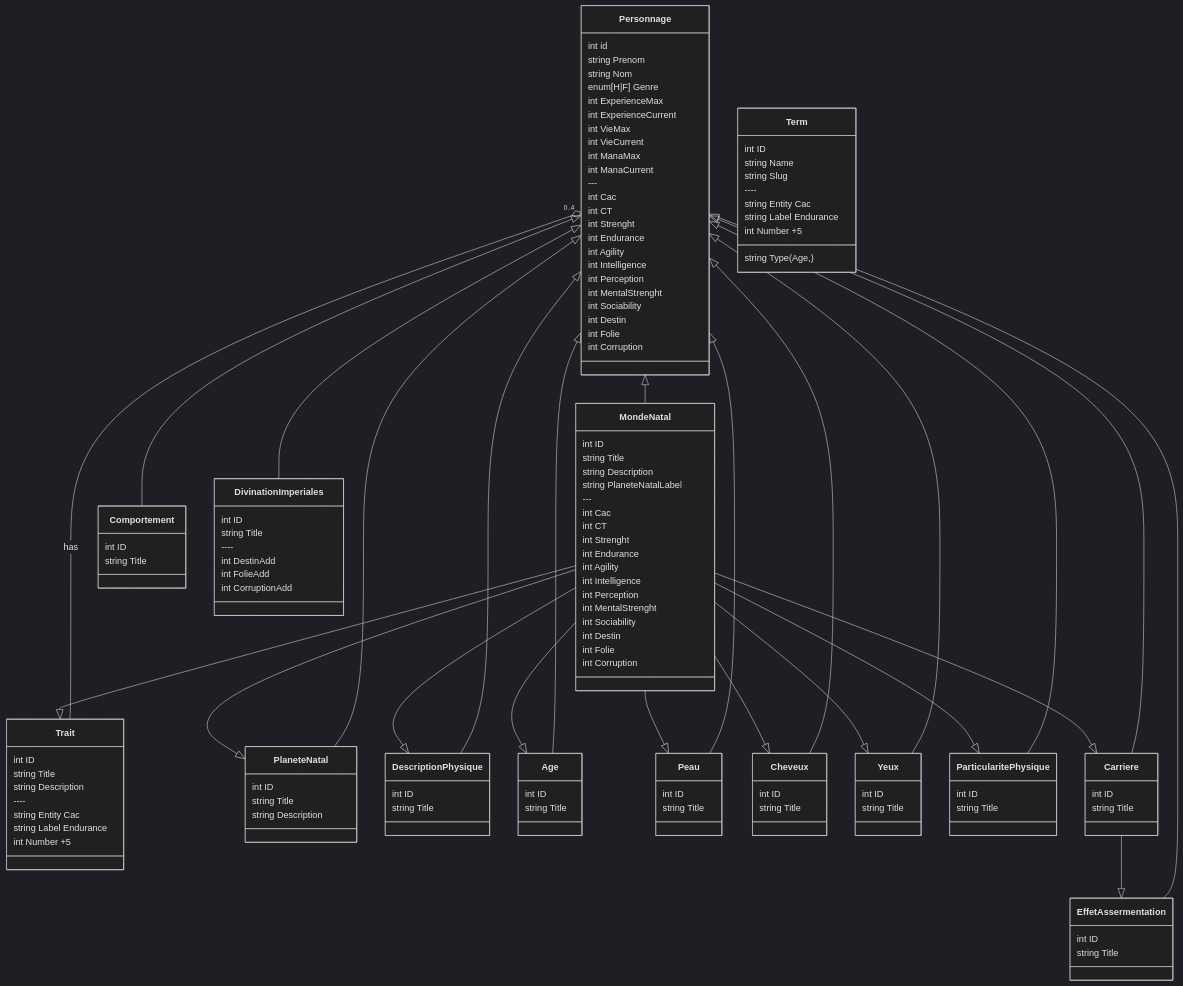
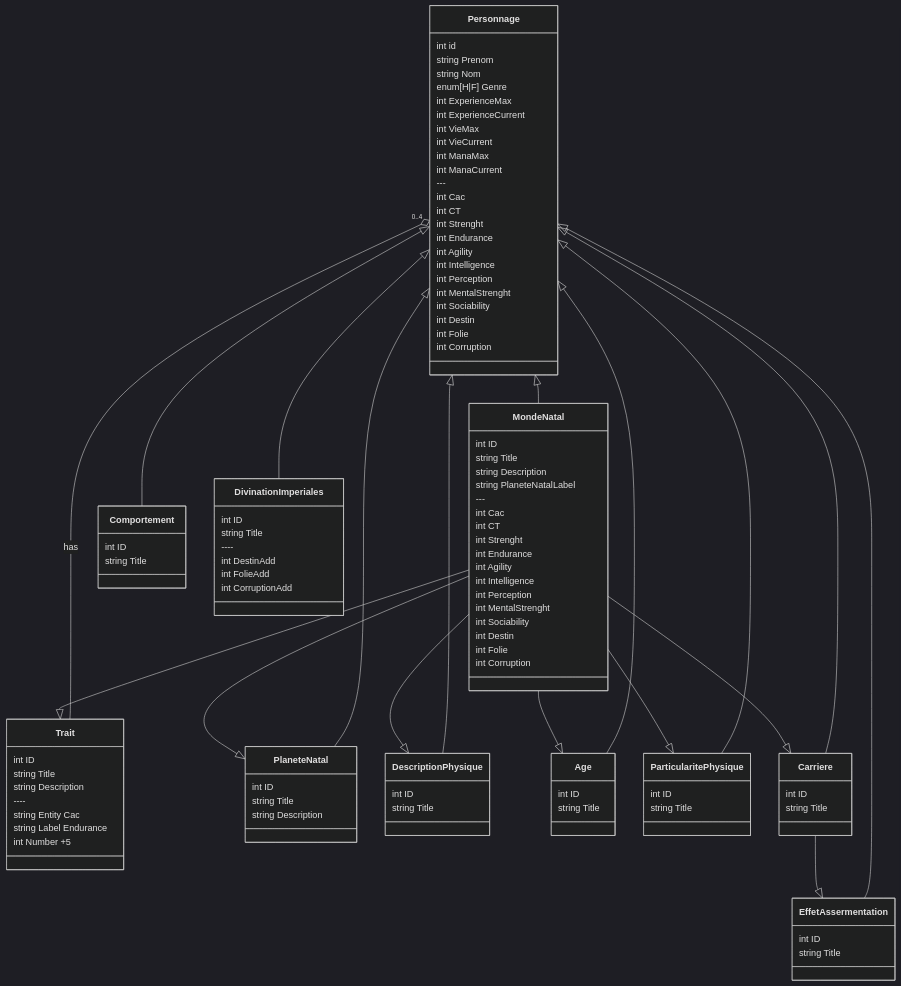
One commit to angelshurikan/w40k changed the diagram in architecture copy.md. Above: the diagram before and after it, drawn with Mermaid (dark theme). The commit also changed 11 other files, not shown here.

```diff
--- a/architecture copy.md
+++ b/architecture copy.md
@@ -67,18 +67,6 @@
       int ID
       string Title
     }
-    class Peau {
-      int ID
-      string Title
-    }
-    class Cheveux {
-      int ID
-      string Title
-    }
-    class Yeux {
-      int ID
-      string Title
-    }
     class Comportement {
       int ID
       string Title
@@ -103,16 +91,6 @@
       int ID
       string Title
     }
-    class Term {
-      int ID
-      string Name
-      string Slug
-      string Type (Age,)
-      ----
-      string Entity Cac
-      string Label Endurance
-      int Number      +5
-    }
 
 
 
@@ -123,9 +101,6 @@
     Personnage <|-- PlaneteNatal
     Personnage <|-- DescriptionPhysique
     Personnage <|-- Age
-    Personnage <|-- Peau
-    Personnage <|-- Cheveux
-    Personnage <|-- Yeux
     Personnage <|-- Comportement
     Personnage <|-- ParticularitePhysique
     Personnage <|-- Carriere
@@ -136,9 +111,6 @@
     MondeNatal --|> PlaneteNatal
     MondeNatal --|> DescriptionPhysique
     MondeNatal --|> Age
-    MondeNatal --|> Peau
-    MondeNatal --|> Cheveux
-    MondeNatal --|> Yeux
     MondeNatal --|> ParticularitePhysique
     MondeNatal --|> Carriere
 
```
